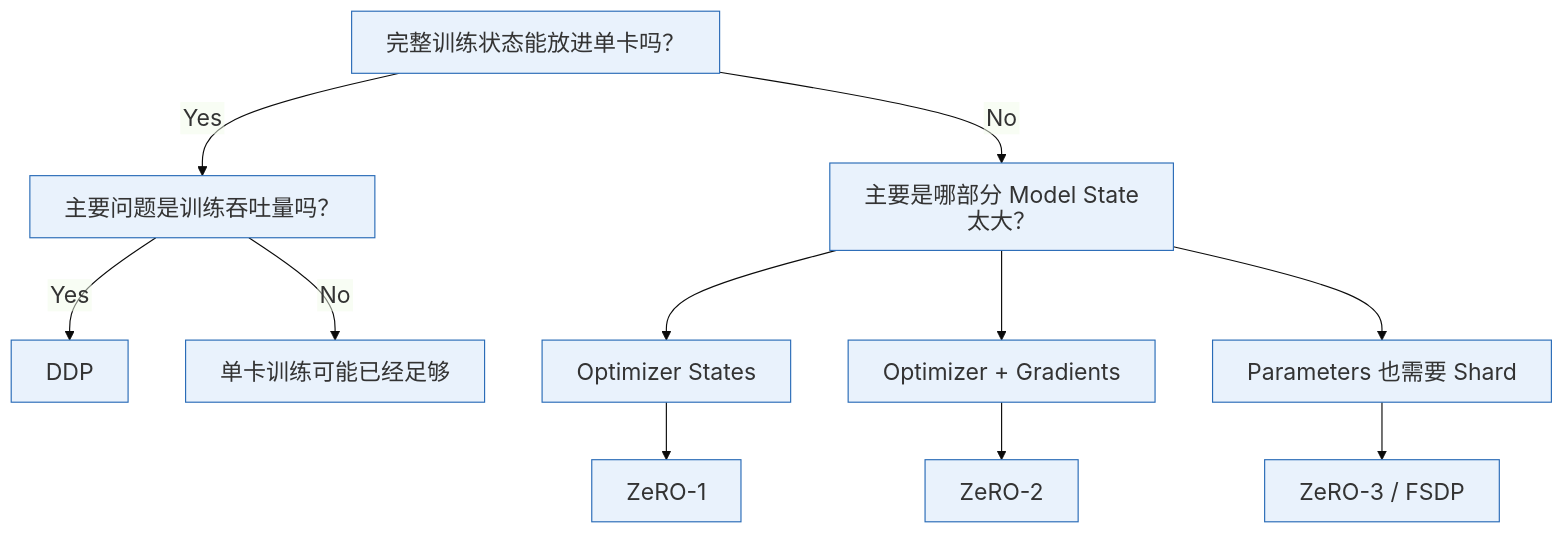
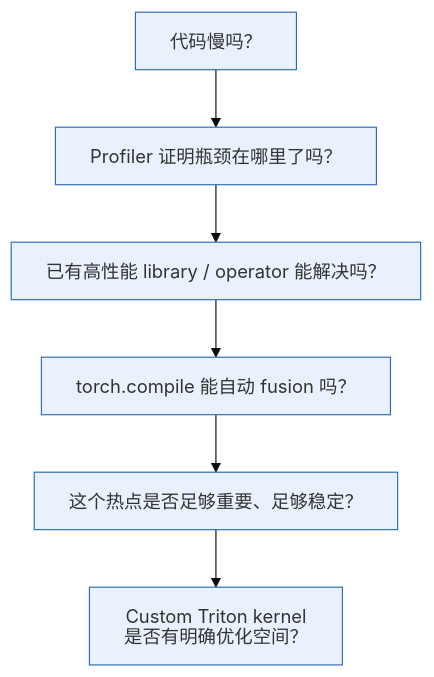
The diagram in zh/ch19-llm-training-engineering/figures/ch19.8-summary.mmd (datawhalechina/deep-learning-notes), drawn with Mermaid before and after one commit. The commit also changed 14 other files, not shown here.

```diff
--- a/zh/ch19-llm-training-engineering/figures/ch19.8-summary.mmd
+++ b/zh/ch19-llm-training-engineering/figures/ch19.8-summary.mmd
@@ -1,43 +1,39 @@
 ---
 config:
   startOnLoad: false
   theme: base
   htmlLabels: false
   fontFamily: Arial, Microsoft YaHei, Noto Serif CJK SC, sans-serif
   themeVariables:
-    fontSize: 20px
+    fontSize: 16px
     primaryColor: "#e9f2fc"
     primaryBorderColor: "#296bb7"
     primaryTextColor: "#333333"
     lineColor: "#0b0b0b"
 
   flowchart:
     wrappingWidth: 300
 
   themeCSS: |
     .node text,
     .nodeLabel,
     .label text {
       font-weight: 400;
       font-style: normal;
     }
 
     .node rect,
     .flowchart-link {
       stroke-width: 1px;
     }
 ---
 
 flowchart TD
-    A[完整训练状态能放进单卡吗？] -->| Yes | B[主要问题是训练吞吐量吗？]
-    B -->| Yes | C[DDP]
-    B -->| No  | D[单卡训练可能已经足够]
+    A["代码慢吗？"]
+    B["Profiler 证明瓶颈在哪里了吗？"]
+    C["已有高性能 library / operator 能解决吗？"]
+    D["torch.compile 能自动 fusion 吗？"]
+    E["这个热点是否足够重要、足够稳定？"]
+    F["Custom Triton kernel 是否有明确优化空间？"]
 
-    A -->| No | E[主要是哪部分 Model State 太大？]
-    E --> F[Optimizer States]
-    E --> G[Optimizer + Gradients]
-    E --> H[Parameters 也需要 Shard]
-
-    F --> Z1[ZeRO-1]
-    G --> Z2[ZeRO-2]
-    H --> Z3[ZeRO-3 / FSDP]
+    A --> B --> C --> D --> E --> F
```
